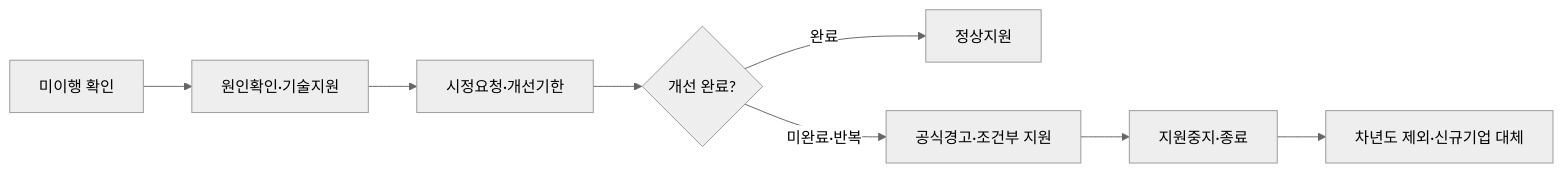
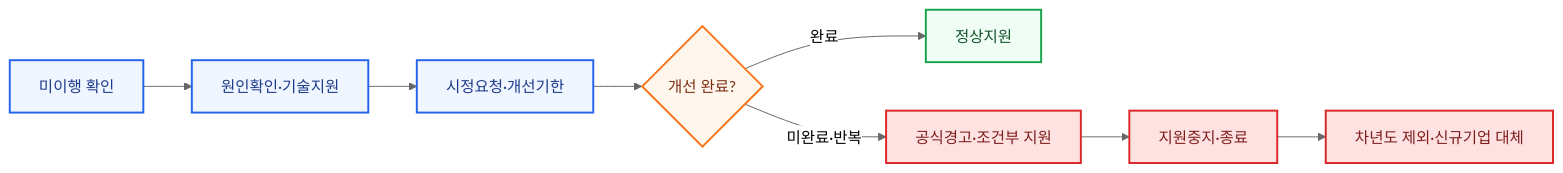
The eighth of 9 diagrams in ko/proposal/ulsan/ulsan-full.md (qubitsec/plura), drawn with Mermaid (neutral theme) before and after one commit. The commit also changed other lines of this file, not shown here.

````diff
--- a/ko/proposal/ulsan/ulsan-full.md
+++ b/ko/proposal/ulsan/ulsan-full.md
@@ -848,15 +869,25 @@
 ```mermaid
 flowchart LR
     A["미이행 확인"]
     B["원인확인·기술지원"]
     C["시정요청·개선기한"]
     D{"개선 완료?"}
     E["정상지원"]
     F["공식경고·조건부 지원"]
     G["지원중지·종료"]
     H["차년도 제외·신규기업 대체"]
 
     A --> B --> C --> D
     D -- "완료" --> E
     D -- "미완료·반복" --> F --> G --> H
+
+    classDef detect fill:#eff6ff,stroke:#2563eb,stroke-width:2px,color:#1e3a8a;
+    classDef action fill:#fff7ed,stroke:#f97316,stroke-width:2px,color:#7c2d12;
+    classDef success fill:#f0fdf4,stroke:#16a34a,stroke-width:2px,color:#14532d;
+    classDef sanction fill:#fee2e2,stroke:#dc2626,stroke-width:2px,color:#7f1d1d;
+
+    class A,B,C detect;
+    class D action;
+    class E success;
+    class F,G,H sanction;
 ```
````
